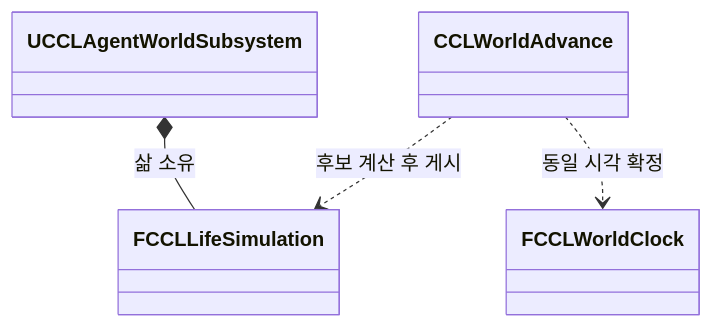
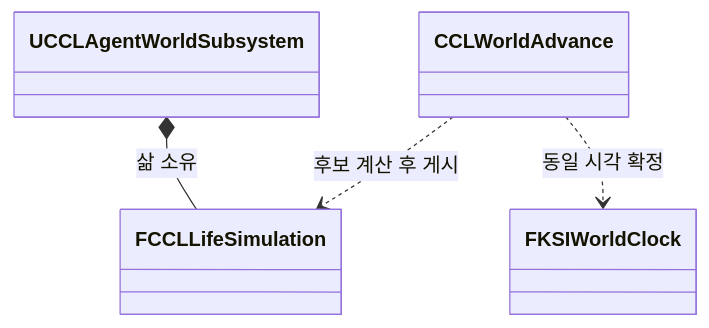
Before and after one commit to kang-sihwon/ccl8: the second of 6 diagrams in Docs/EnvironmentPlan.md, drawn with Mermaid. The commit also changed other lines of this file and 6 other files, not shown here.

````diff
--- a/Docs/EnvironmentPlan.md
+++ b/Docs/EnvironmentPlan.md
@@ -536,6 +534,6 @@
 ```mermaid
 classDiagram
     UCCLAgentWorldSubsystem *-- FCCLLifeSimulation : 삶 소유
     CCLWorldAdvance ..> FCCLLifeSimulation : 후보 계산 후 게시
-    CCLWorldAdvance ..> FCCLWorldClock : 동일 시각 확정
+    CCLWorldAdvance ..> FKSIWorldClock : 동일 시각 확정
 ```
````
